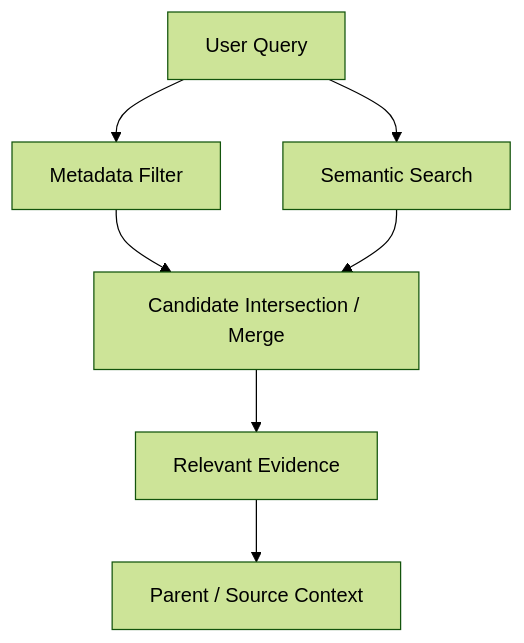
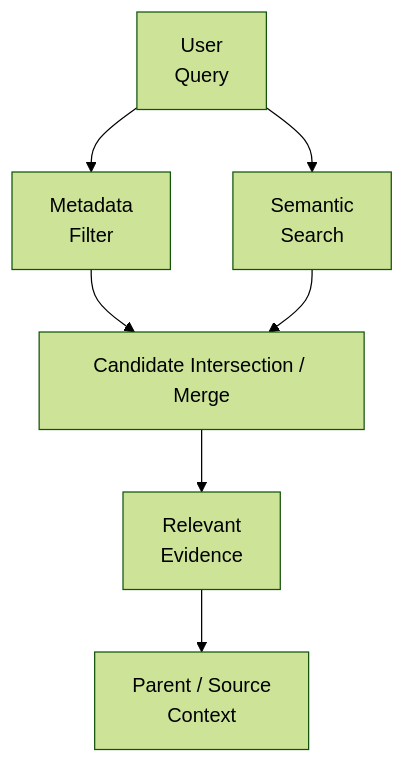
Before and after one commit to MihirKJha/enterprise-ai-blog: the fourth of 4 diagrams in docs/architecture-insights/genai-and-rag/2.4-structuring-metadata-and-document-aware-retrieval.md, drawn with Mermaid (forest theme). The commit also changed other lines of this file, not shown here.

````diff
--- a/docs/architecture-insights/genai-and-rag/2.4-structuring-metadata-and-document-aware-retrieval.md
+++ b/docs/architecture-insights/genai-and-rag/2.4-structuring-metadata-and-document-aware-retrieval.md
@@ -506,16 +506,16 @@
 ```mermaid
 graph TD
-    A[User Query]
-    B[Metadata Filter]
-    C[Semantic Search]
+    A[User<br/>Query]
+    B[Metadata<br/>Filter]
+    C[Semantic<br/>Search]
     D[Candidate Intersection / Merge]
-    E[Relevant Evidence]
-    F[Parent / Source Context]
+    E[Relevant<br/>Evidence]
+    F[Parent / Source<br/>Context]
 
     A --> B
     A --> C
     B --> D
     C --> D
     D --> E
     E --> F
 ```
````
